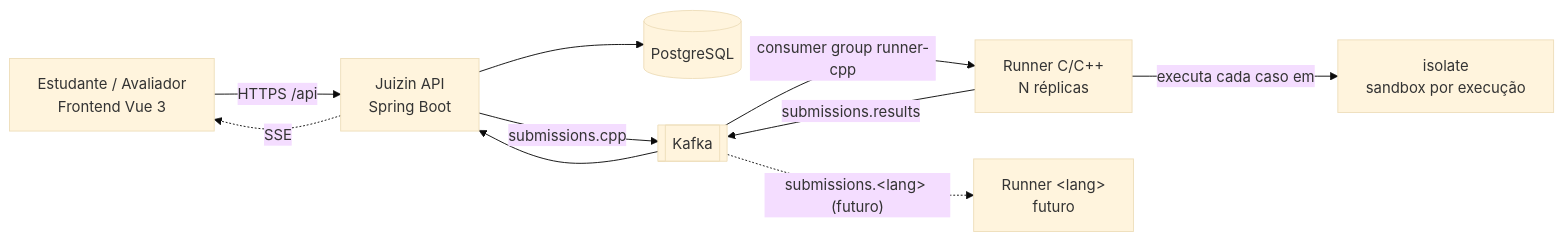
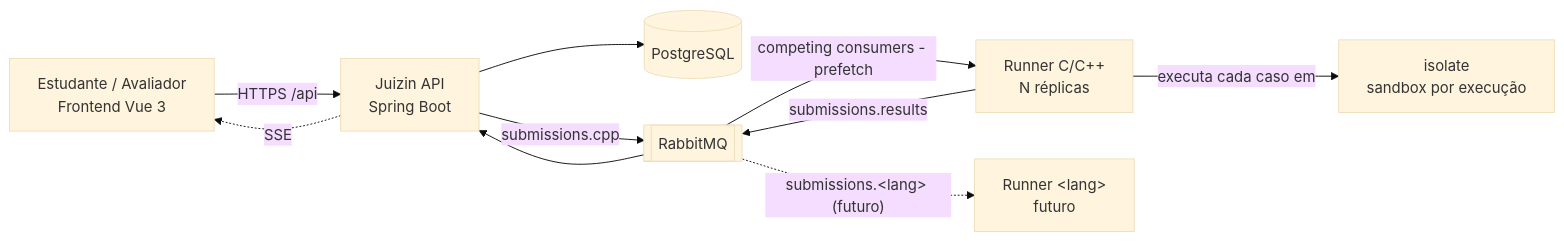
The first of 5 diagrams in docs/architecture.md (pedrogomesleite/judge), drawn with Mermaid (base theme) before and after one commit. The commit also changed other lines of this file and 72 other files, not shown here.

````diff
--- a/docs/architecture.md
+++ b/docs/architecture.md
@@ -25,12 +25,12 @@
 ```mermaid
 flowchart LR
     U[Estudante / Avaliador<br/>Frontend Vue 3] -->|HTTPS /api| API[Juizin API<br/>Spring Boot]
     API --> DB[(PostgreSQL)]
-    API -->|submissions.cpp| K[[Kafka]]
-    K -->|consumer group runner-cpp| R[Runner C/C++<br/>N réplicas]
+    API -->|submissions.cpp| K[[RabbitMQ]]
+    K -->|competing consumers - prefetch| R[Runner C/C++<br/>N réplicas]
     R -->|executa cada caso em| I[isolate<br/>sandbox por execução]
     R -->|submissions.results| K
     K --> API
     API -. SSE .-> U
     K -. "submissions.&lt;lang&gt; (futuro)" .-> RF[Runner &lt;lang&gt;<br/>futuro]
 ```
````
